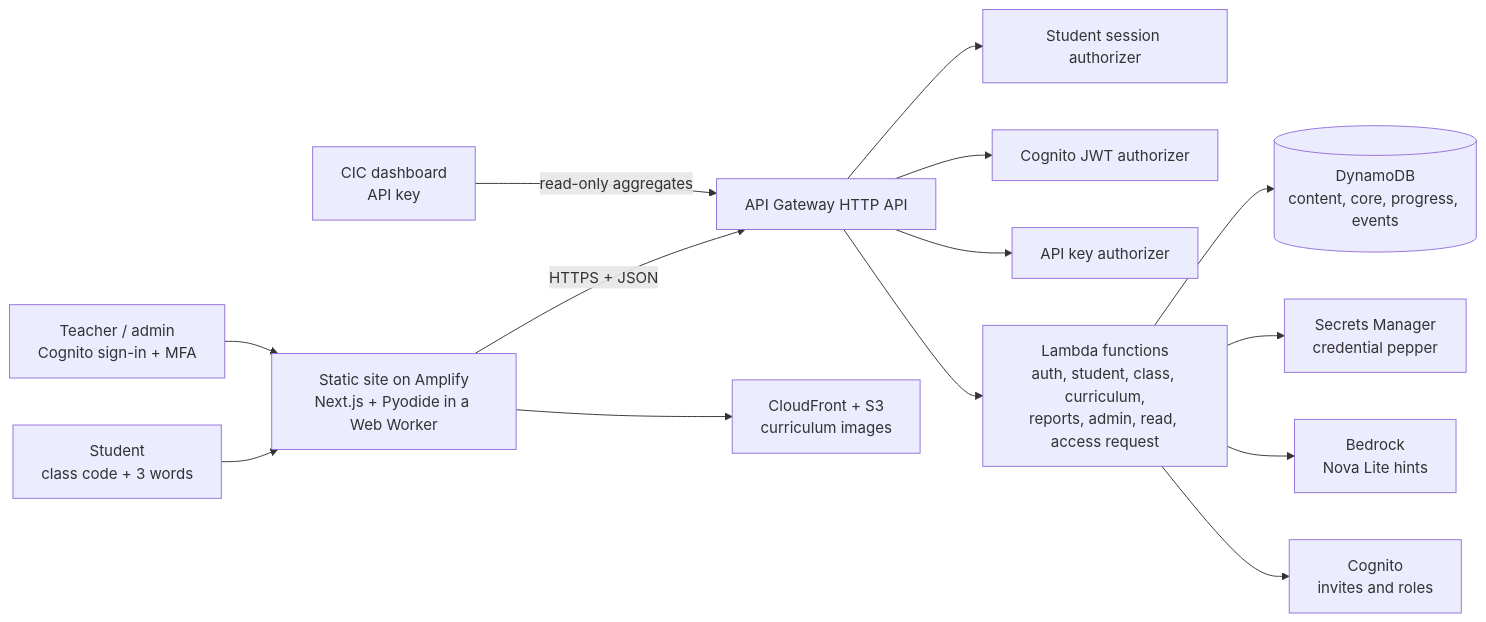
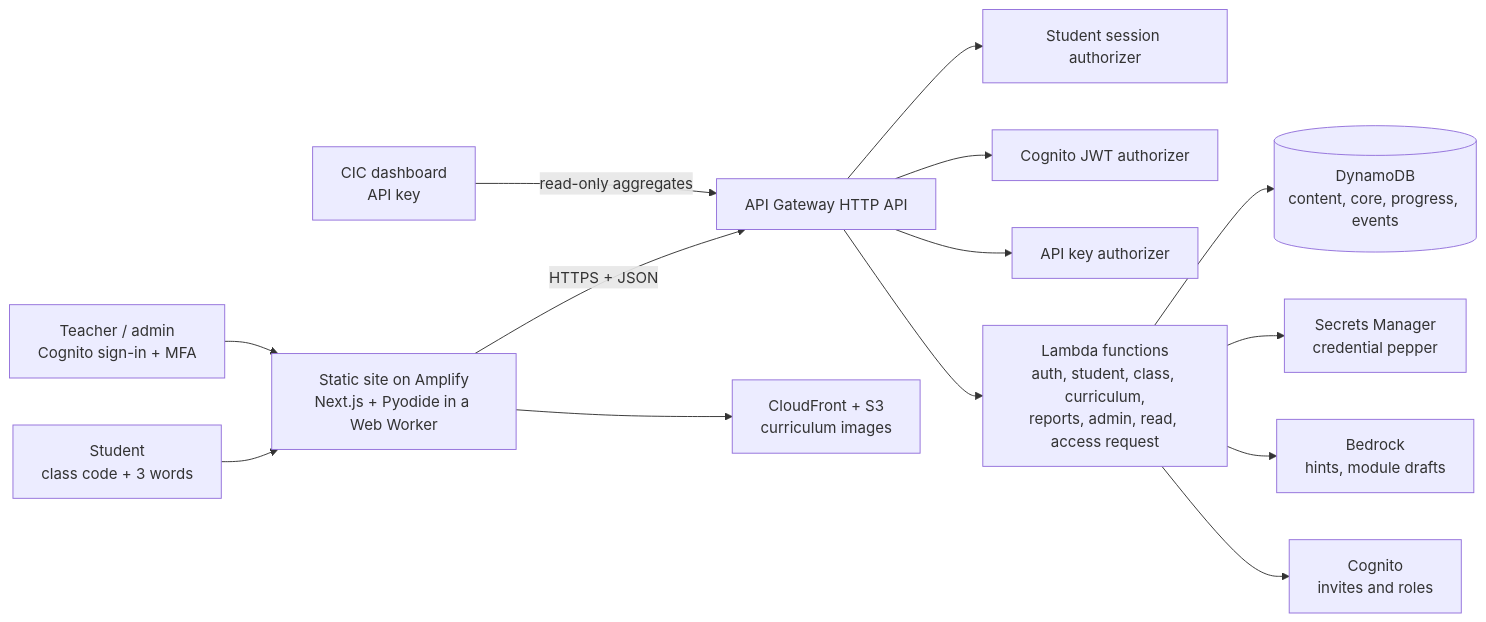
Before and after one commit to 2026-Arizona-Opportunity-Hack/Code-Titans-CodinginColor: the diagram in README.md, drawn with Mermaid. The commit also changed other lines of this file and 8 other files, not shown here.

Commit message:
Audit the docs against the code: fix stale architecture and API pages, document the AI file converter, remove mock-data wording

````diff
--- a/README.md
+++ b/README.md
@@ -275,16 +291,16 @@
 ```mermaid
 flowchart LR
   S[Student<br/>class code + 3 words] --> FE
   T[Teacher / admin<br/>Cognito sign-in + MFA] --> FE
   FE[Static site on Amplify<br/>Next.js + Pyodide in a Web Worker] -->|HTTPS + JSON| API[API Gateway HTTP API]
   CIC[CIC dashboard<br/>API key] -->|read-only aggregates| API
   API --> A1[Student session authorizer]
   API --> A2[Cognito JWT authorizer]
   API --> A3[API key authorizer]
   API --> L[Lambda functions<br/>auth, student, class, curriculum,<br/>reports, admin, read, access request]
   L --> D[(DynamoDB<br/>content, core, progress, events)]
   L --> SM[Secrets Manager<br/>credential pepper]
-  L --> BR[Bedrock<br/>Nova Lite hints]
+  L --> BR[Bedrock<br/>hints, module drafts]
   L --> COG[Cognito<br/>invites and roles]
   FE --> CDN[CloudFront + S3<br/>curriculum images]
 ```
````
